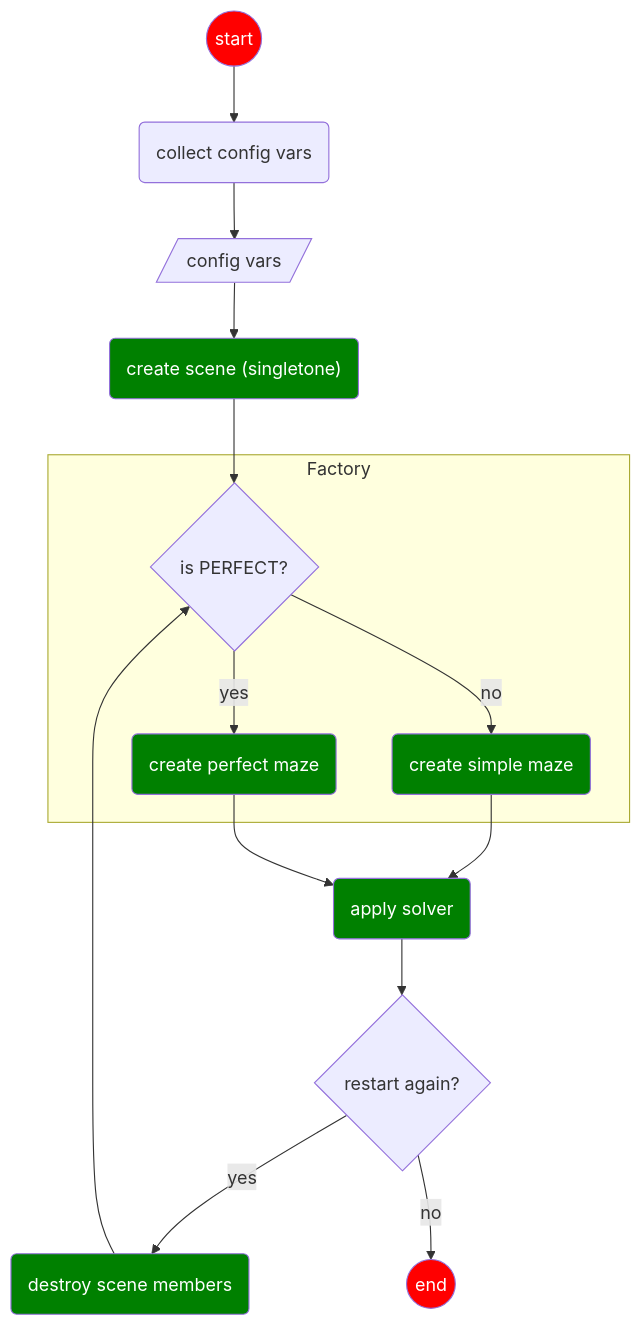
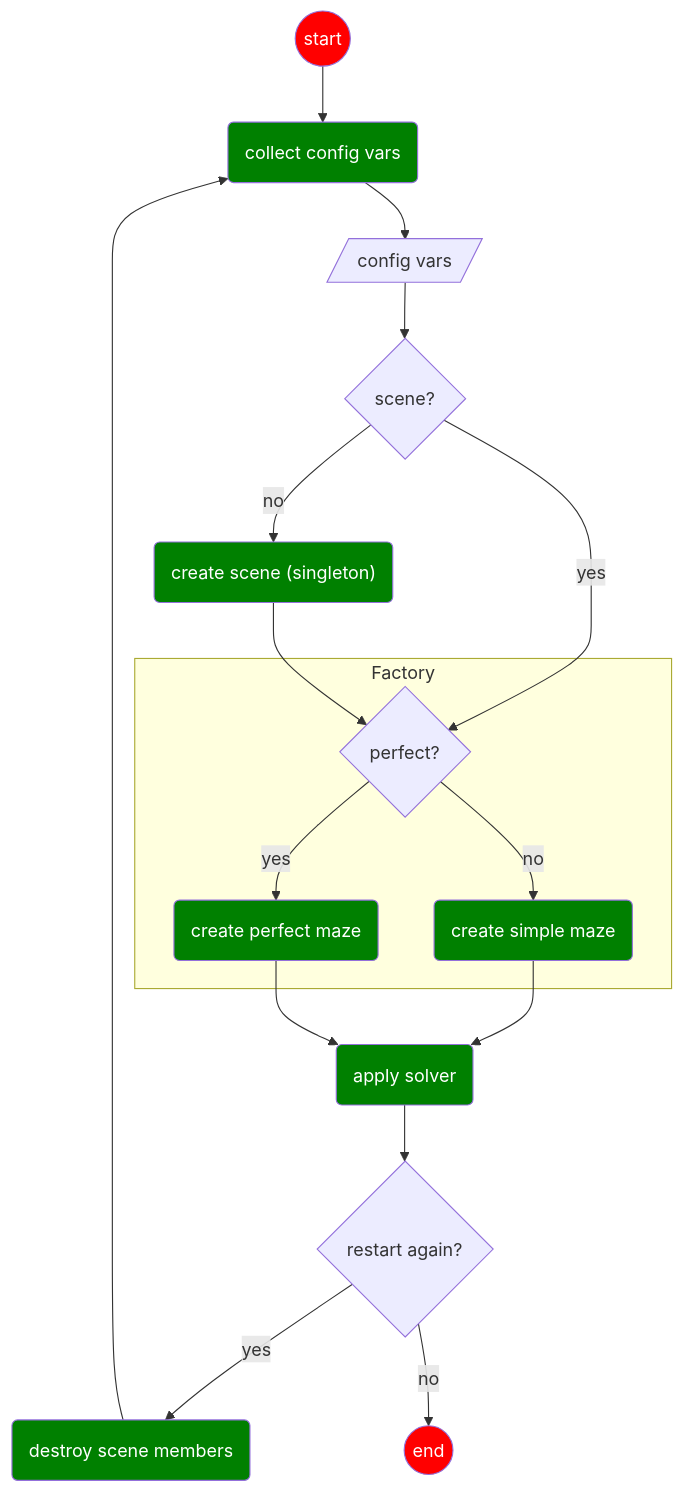
Before and after one commit to evaristoc/a-maze-ing-42: the diagram in project/README.md, drawn with Mermaid.

Commit message:
codam:gh: DOC : first draft flowchart (epics)

````diff
--- a/project/README.md
+++ b/project/README.md
@@ -3,21 +3,23 @@
 ```mermaid
 flowchart TD
 start((start)):::terminator
 Solver(apply solver):::process
-start --> Collect(collect config vars)
+start --> Collect(collect config vars):::process
 Collect --> Config[/config vars/]
-Config --> Scene("create scene (singletone)"):::process
-Scene --> Fac{is PERFECT?}
+Config --> Singleton{scene?}
+Singleton -->|no|Scene("create scene (singleton)"):::process
+Singleton -->|yes|Fac{perfect?}
+Scene --> Fac
 subgraph Factory
 Fac --> |no|SimMaze(create simple maze):::process
 Fac --> |yes|PerMaze(create perfect maze):::process
 end
 SimMaze --> Solver
 PerMaze --> Solver
 Solver --> Restart{restart again?}
-Destroy --> Fac
+Destroy --> Collect
 Restart --> |yes|Destroy(destroy scene members):::process
 Restart -->|no|finish((end)):::terminator
 classDef terminator fill:#f00, color:#fff 
 classDef process fill:green, color:#fff
 ```
````
